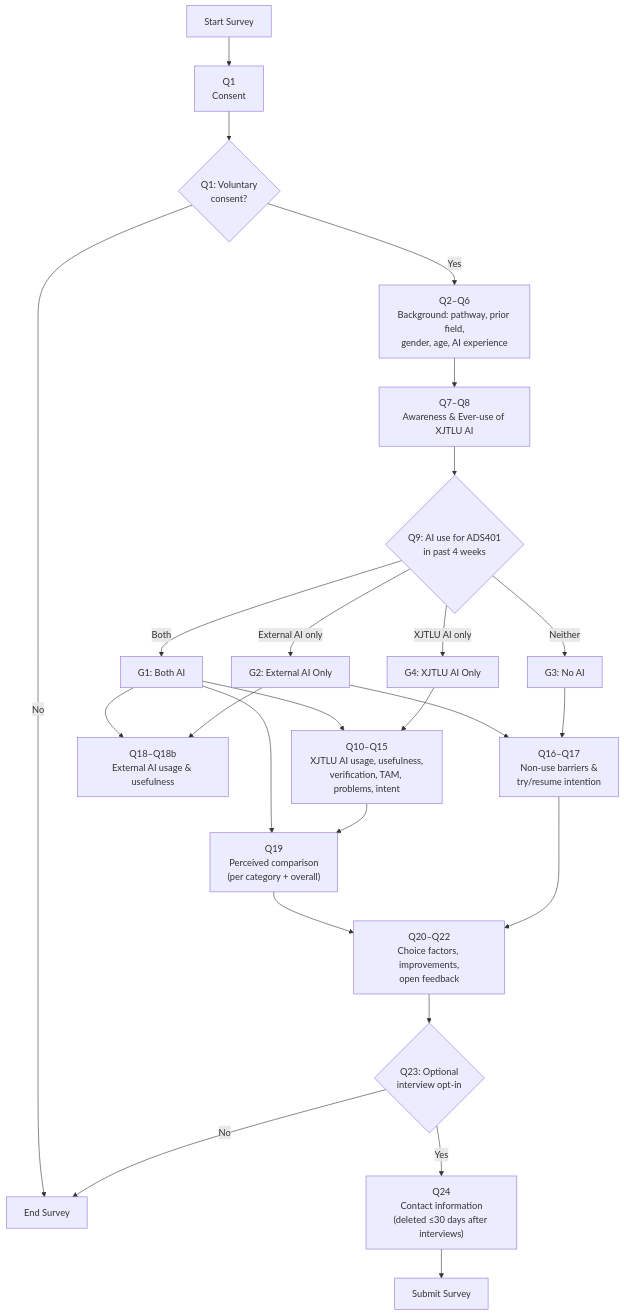
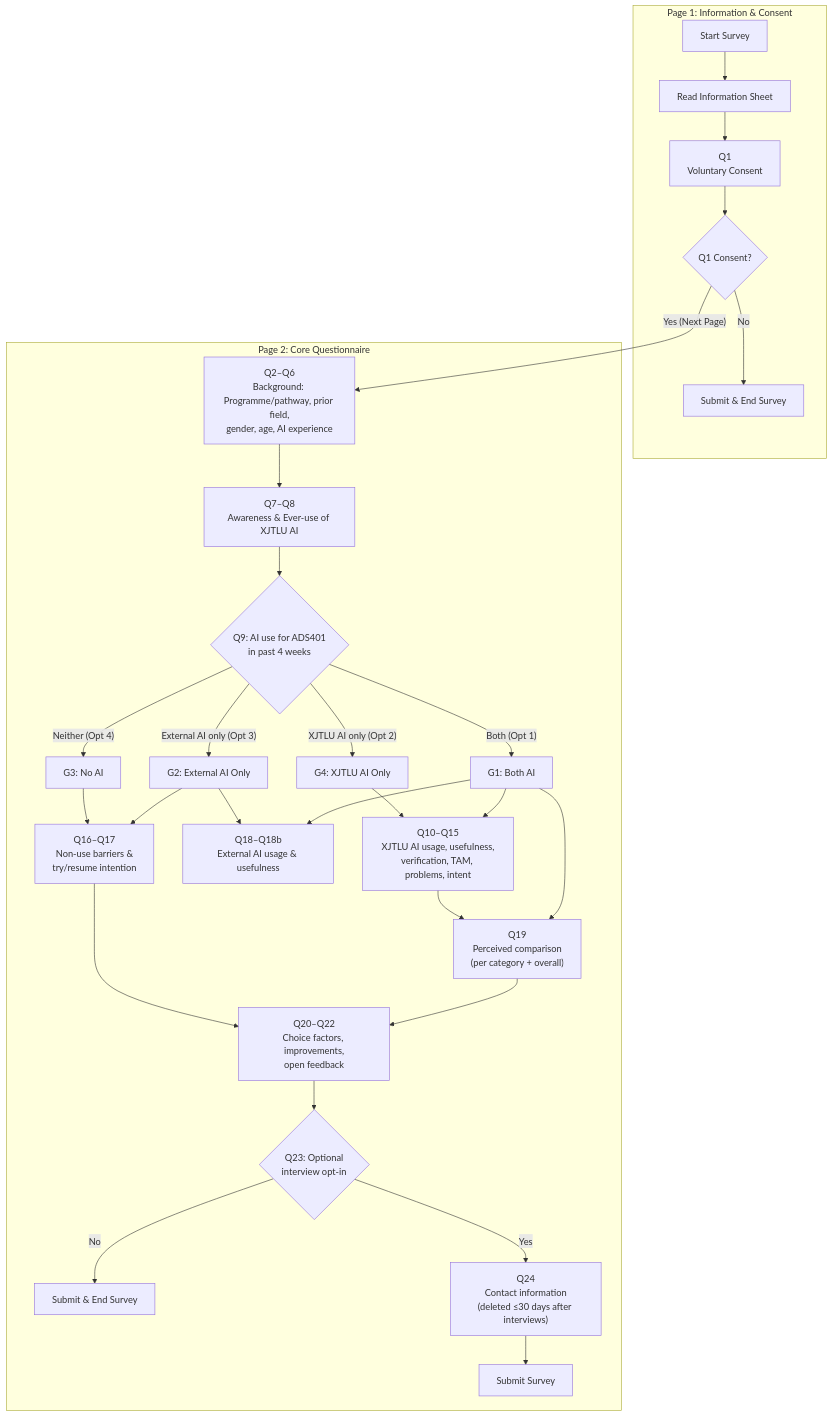
One commit to LionChenA/ads401 changed the diagram in assets/pre2/materials/survey/questionnaire_v2_flow.md. Above: the diagram before and after it, drawn with Mermaid. The commit also changed other lines of this file and 6 other files, not shown here.

First line of the commit message:
content(survey): questionnaire v2.2 with pagination isolation, dual deployments, and polished UX

````diff
--- a/assets/pre2/materials/survey/questionnaire_v2_flow.md
+++ b/assets/pre2/materials/survey/questionnaire_v2_flow.md
@@ -6,37 +6,42 @@
 ```mermaid
 flowchart TD
-    A["Start Survey"] --> B["Q1<br/>Consent"]
+    subgraph Page1 ["Page 1: Information & Consent"]
+        A["Start Survey"] --> INTRO["Read Information Sheet"]
+        INTRO --> B["Q1<br/>Voluntary Consent"]
+        B --> C{"Q1 Consent?"}
+        C -->|"No"| END1["Submit & End Survey"]
+    end
 
-    B --> C{"Q1: Voluntary<br/>consent?"}
-    C -->|"No"| END["End Survey"]
-    C -->|"Yes"| BG["Q2–Q6<br/>Background: pathway, prior field,<br/>gender, age, AI experience"]
+    subgraph Page2 ["Page 2: Core Questionnaire"]
+        C -->|"Yes (Next Page)"| BG["Q2–Q6<br/>Background: Programme/pathway, prior field,<br/>gender, age, AI experience"]
 
-    BG --> AW["Q7–Q8<br/>Awareness & Ever-use of XJTLU AI"]
+        BG --> AW["Q7–Q8<br/>Awareness & Ever-use of XJTLU AI"]
 
-    AW --> E{"Q9: AI use for ADS401<br/>in past 4 weeks"}
+        AW --> E{"Q9: AI use for ADS401<br/>in past 4 weeks"}
 
-    E -->|"Both"| G1["G1: Both AI"]
-    E -->|"External AI only"| G2["G2: External AI Only"]
-    E -->|"Neither"| G3["G3: No AI"]
-    E -->|"XJTLU AI only"| G4["G4: XJTLU AI Only"]
+        E -->|"Both (Opt 1)"| G1["G1: Both AI"]
+        E -->|"XJTLU AI only (Opt 2)"| G4["G4: XJTLU AI Only"]
+        E -->|"External AI only (Opt 3)"| G2["G2: External AI Only"]
+        E -->|"Neither (Opt 4)"| G3["G3: No AI"]
 
-    G1 --> X["Q10–Q15<br/>XJTLU AI usage, usefulness,<br/>verification, TAM, problems, intent"]
-    G4 --> X
+        G1 --> X["Q10–Q15<br/>XJTLU AI usage, usefulness,<br/>verification, TAM, problems, intent"]
+        G4 --> X
 
-    G1 --> O["Q18–Q18b<br/>External AI usage & usefulness"]
-    G2 --> O
+        G1 --> O["Q18–Q18b<br/>External AI usage & usefulness"]
+        G2 --> O
 
-    G2 --> N["Q16–Q17<br/>Non-use barriers &<br/>try/resume intention"]
-    G3 --> N
+        G2 --> N["Q16–Q17<br/>Non-use barriers &<br/>try/resume intention"]
+        G3 --> N
 
-    G1 --> COM["Q19<br/>Perceived comparison<br/>(per category + overall)"]
+        G1 --> COM["Q19<br/>Perceived comparison<br/>(per category + overall)"]
 
-    X --> COM
-    COM --> CH["Q20–Q22<br/>Choice factors, improvements,<br/>open feedback"]
-    N --> CH
+        X --> COM
+        COM --> CH["Q20–Q22<br/>Choice factors, improvements,<br/>open feedback"]
+        N --> CH
 
-    CH --> K{"Q23: Optional<br/>interview opt-in"}
-    K -->|"No"| END
-    K -->|"Yes"| Q24["Q24<br/>Contact information<br/>(deleted ≤30 days after interviews)"]
-    Q24 --> L["Submit Survey"]
+        CH --> K{"Q23: Optional<br/>interview opt-in"}
+        K -->|"No"| END2["Submit & End Survey"]
+        K -->|"Yes"| Q24["Q24<br/>Contact information<br/>(deleted ≤30 days after interviews)"]
+        Q24 --> SUBMIT["Submit Survey"]
+    end
 ```
````
